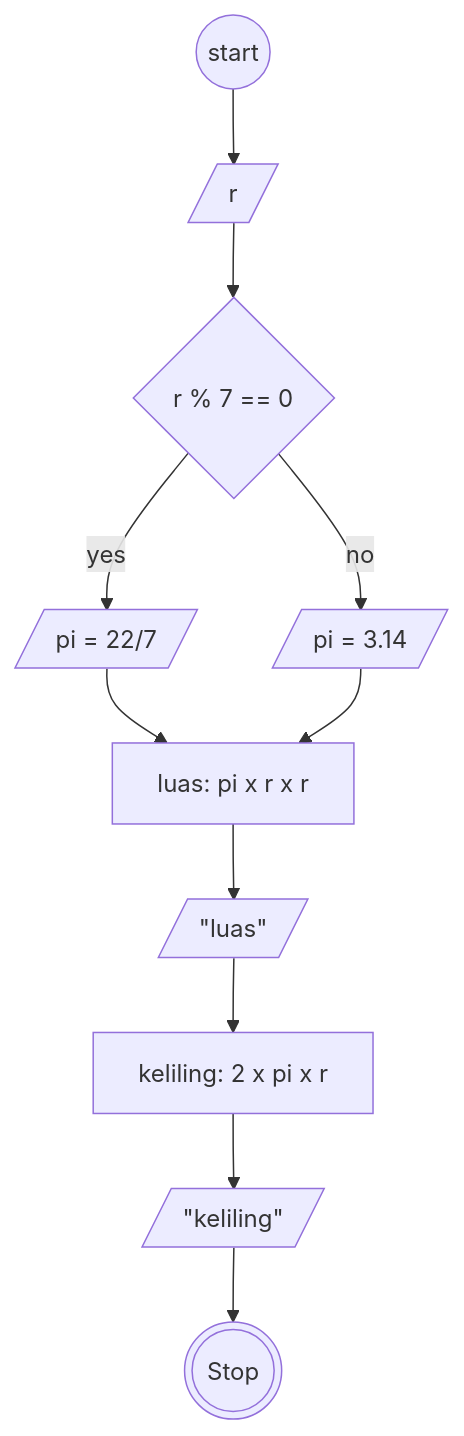
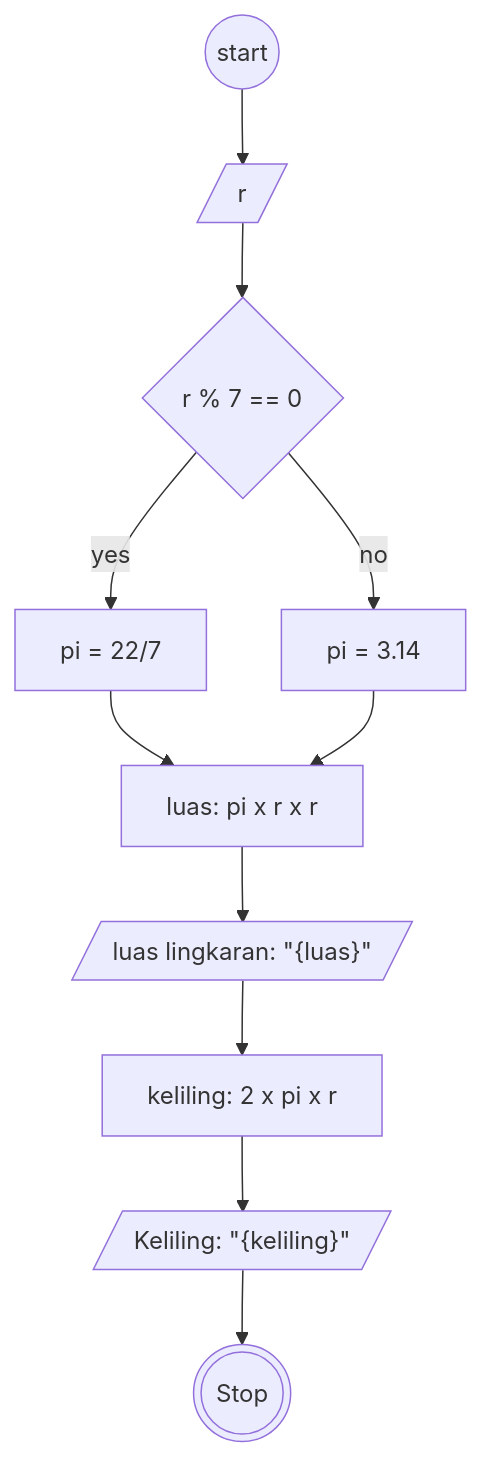
Before and after one commit to muhammadfajarr30/koda-b8-algoritma: the diagram in luas-dan-keliling.md, drawn with Mermaid.

````diff
--- a/luas-dan-keliling.md
+++ b/luas-dan-keliling.md
@@ -18,27 +18,27 @@
 ```mermaid
 flowchart TD
 
 a@{ shape: circle, label: "start" }
 b@{ shape: lean-r, label: "r" }
 c@{ shape: diamond, label: " r % 7 == 0" }
-d@{ shape: lean-r, label: "pi = 22/7" }
-e@{ shape: lean-r, label: "pi = 3.14" }
+d@{ shape: rect, label: "pi = 22/7" }
+e@{ shape: rect, label: "pi = 3.14" }
 f@{ shape: rect, label: "luas: pi x r x r " }
 g@{ shape: rect, label: "keliling: 2 x pi x r " }
-h@{ shape: lean-r, label: "#quot;luas#quot;" }
-i@{ shape: lean-r, label: "#quot;keliling#quot;" }
+h@{ shape: lean-r, label: "luas lingkaran: #quot;{luas}#quot;" }
+i@{ shape: lean-r, label: "Keliling: #quot;{keliling}#quot;" }
 j@{ shape: dbl-circ, label: "Stop" }
 
 a --> b
 b--> c
 c-- yes --> d
 c-- no --> e
 d--> f
 e--> f
 f--> h
 h--> g
 g--> i
 i--> j
 
 
 ```
````
